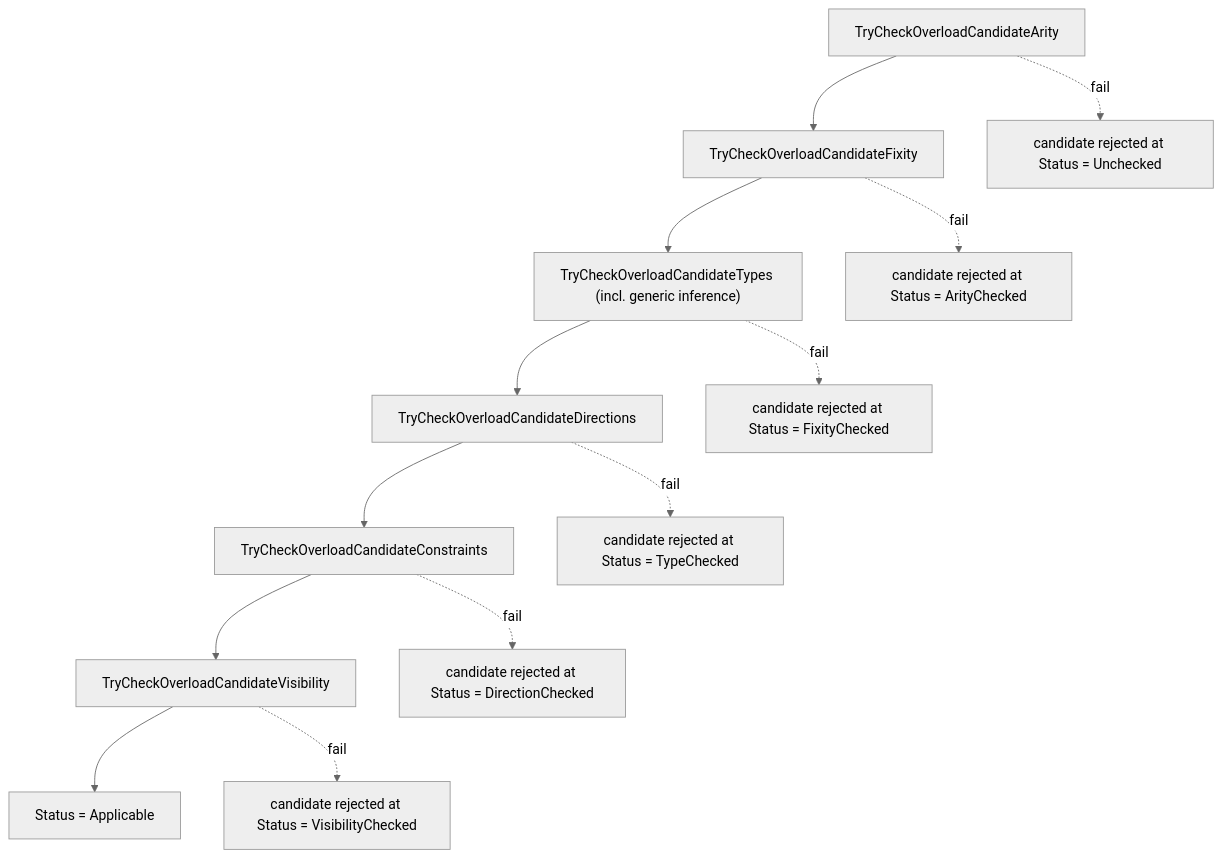
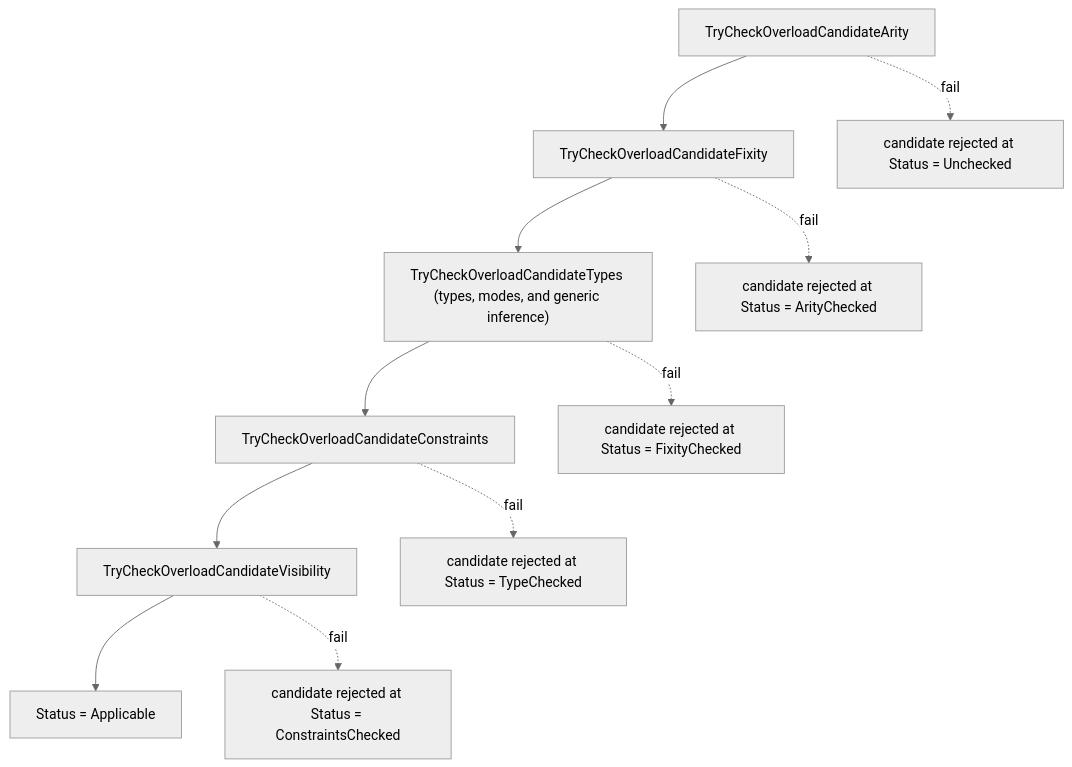
Before and after one commit to shader-slang/slang: the diagram in docs/generated/design/name-resolution/overload-resolution.md, drawn with Mermaid (neutral theme). The commit also changed other lines of this file and 231 other files, not shown here.

````diff
--- a/docs/generated/design/name-resolution/overload-resolution.md
+++ b/docs/generated/design/name-resolution/overload-resolution.md
@@ -199,17 +207,15 @@
 ```mermaid
 flowchart TB
   arity["TryCheckOverloadCandidateArity"]
   fix["TryCheckOverloadCandidateFixity"]
-  types["TryCheckOverloadCandidateTypes (incl. generic inference)"]
-  dirs["TryCheckOverloadCandidateDirections"]
+  types["TryCheckOverloadCandidateTypes (types, modes, and generic inference)"]
   cstr["TryCheckOverloadCandidateConstraints"]
   vis["TryCheckOverloadCandidateVisibility"]
   applicable["Status = Applicable"]
-  arity --> fix --> types --> dirs --> cstr --> vis --> applicable
+  arity --> fix --> types --> cstr --> vis --> applicable
   arity -. fail .-> reject1["candidate rejected at Status = Unchecked"]
   fix -. fail .-> reject2["candidate rejected at Status = ArityChecked"]
   types -. fail .-> reject3["candidate rejected at Status = FixityChecked"]
-  dirs -. fail .-> reject4["candidate rejected at Status = TypeChecked"]
-  cstr -. fail .-> reject5["candidate rejected at Status = DirectionChecked"]
-  vis -. fail .-> reject6["candidate rejected at Status = VisibilityChecked"]
+  cstr -. fail .-> reject4["candidate rejected at Status = TypeChecked"]
+  vis -. fail .-> reject5["candidate rejected at Status = ConstraintsChecked"]
 ```
````
